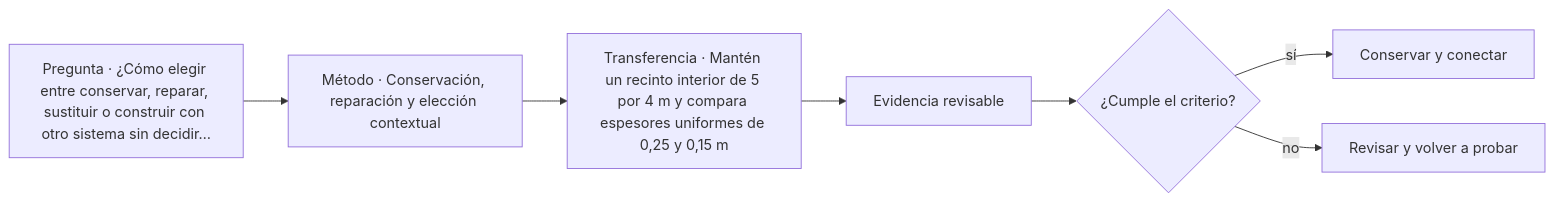
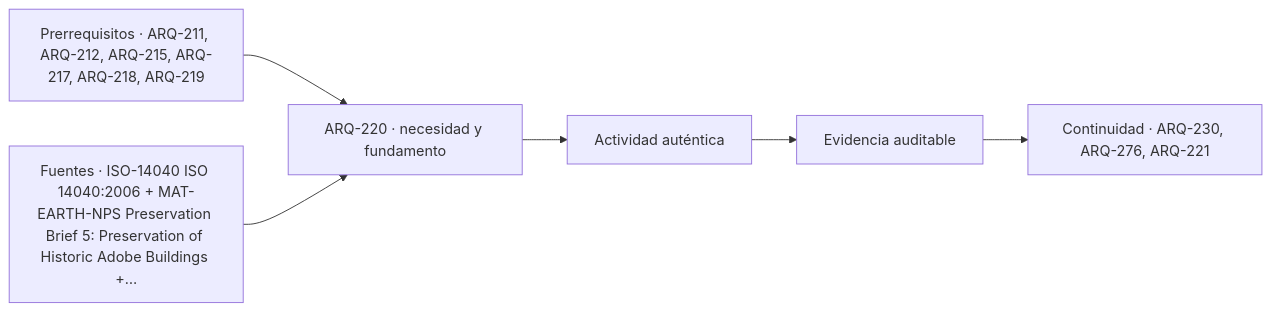
One commit to vladimiracunadev-create/architecture-built-environment-learning-program changed the diagram in classes/parte-22/ARQ-220.md. Above: the diagram before and after it, drawn with Mermaid. The commit also changed other lines of this file and 761 other files, not shown here.

````diff
--- a/classes/parte-22/ARQ-220.md
+++ b/classes/parte-22/ARQ-220.md
@@ -105,9 +117,8 @@
 ```mermaid
 flowchart LR
-    Q["Pregunta · ¿Cómo elegir entre conservar, reparar, sustituir o construir con otro sistema sin decidir…"] --> M["Método · Conservación, reparación y elección contextual"]
-    M --> P["Transferencia · Mantén un recinto interior de 5 por 4 m y compara espesores uniformes de 0,25 y 0,15 m"]
-    P --> E["Evidencia revisable"]
-    E --> C{"¿Cumple el criterio?"}
-    C -->|sí| T["Conservar y conectar"]
-    C -->|no| R["Revisar y volver a probar"]
+    A["Prerrequisitos · ARQ-211, ARQ-212, ARQ-215, ARQ-217, ARQ-218, ARQ-219"] --> B["ARQ-220 · necesidad y fundamento"]
+    S["Fuentes · ISO-14040 ISO 14040:2006 + MAT-EARTH-NPS Preservation Brief 5: Preservation of Historic Adobe Buildings +…"] --> B
+    B --> C["Actividad auténtica"]
+    C --> D["Evidencia auditable"]
+    D --> E["Continuidad · ARQ-230, ARQ-276, ARQ-221"]
 ```
````
